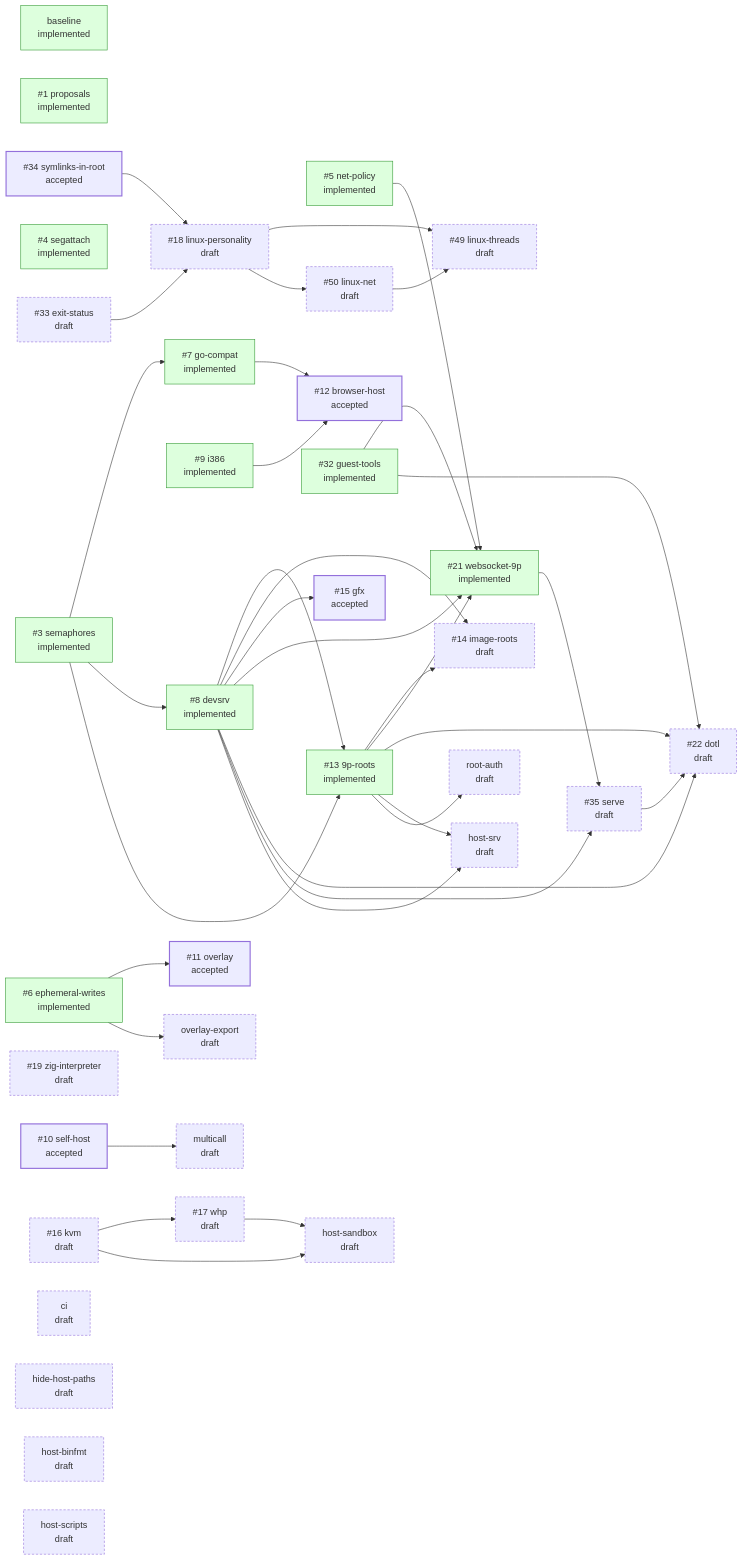
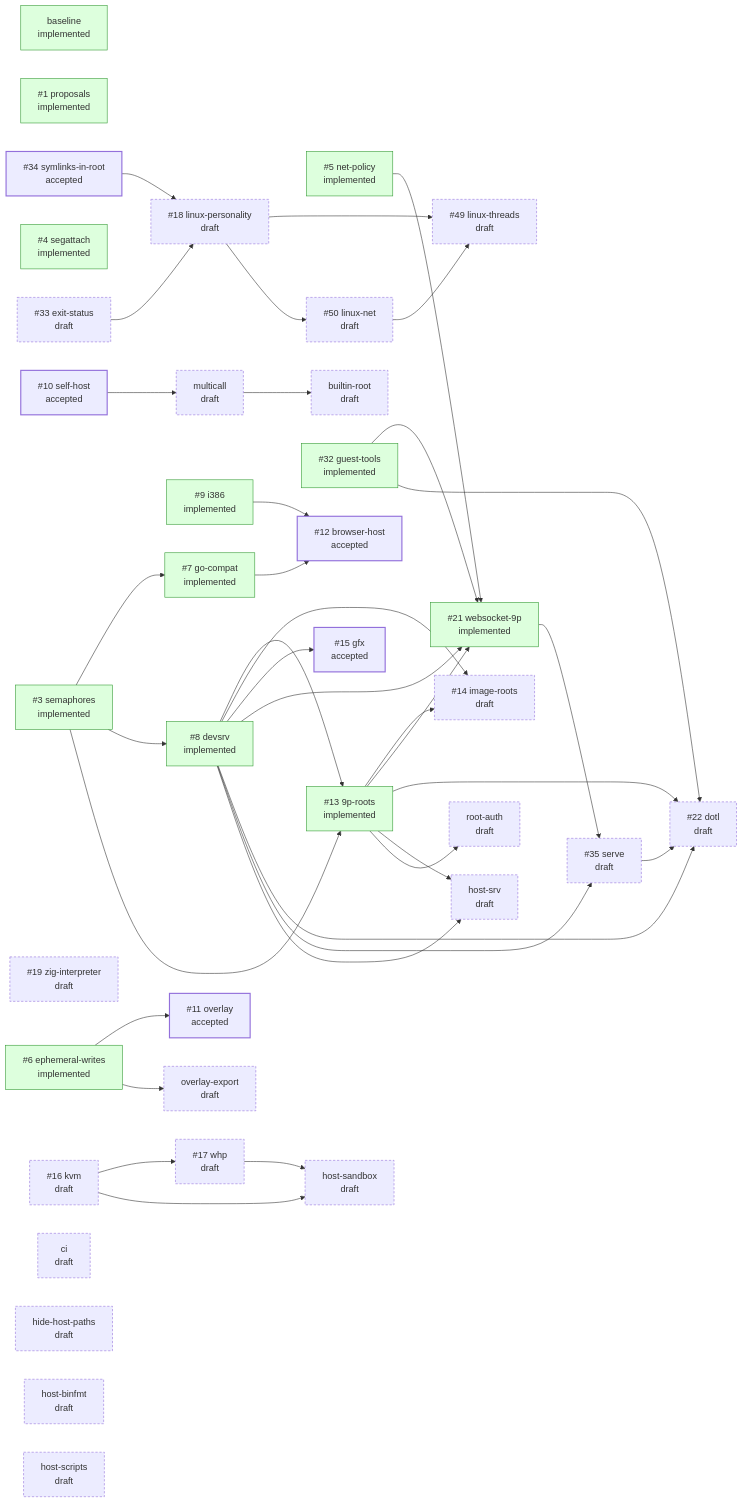
One commit to progrium/hyper9 changed the diagram in README.md. Above: the diagram before and after it, drawn with Mermaid. The commit also changed other lines of this file and 1 other file, not shown here.

Commit message:
design: draft builtin-root
A read-only root built into h9 from multicall's min tree, served as
#Hroot. It's used when no root is found, and --builtin before|after
layers its commands into another root's /bin.

Claude-Session: https://claude.ai/code/session_01LLcnT1jZ4EYPZB9n2aWHUZ

````diff
--- a/README.md
+++ b/README.md
@@ -54,76 +55,78 @@
 ```mermaid
 flowchart LR
   classDef draft stroke-dasharray: 4 3
   classDef accepted stroke-width: 2px
   classDef implemented fill:#dfd,stroke:#393
   classDef closed fill:#eee,stroke:#999,color:#777
   p_baseline["baseline<br/>implemented"]:::implemented
   p_proposals["#35;1 proposals<br/>implemented"]:::implemented
   p_semaphores["#35;3 semaphores<br/>implemented"]:::implemented
   p_segattach["#35;4 segattach<br/>implemented"]:::implemented
   p_net_policy["#35;5 net-policy<br/>implemented"]:::implemented
   p_ephemeral_writes["#35;6 ephemeral-writes<br/>implemented"]:::implemented
   p_go_compat["#35;7 go-compat<br/>implemented"]:::implemented
   p_devsrv["#35;8 devsrv<br/>implemented"]:::implemented
   p_i386["#35;9 i386<br/>implemented"]:::implemented
   p_self_host["#35;10 self-host<br/>accepted"]:::accepted
   p_overlay["#35;11 overlay<br/>accepted"]:::accepted
   p_browser_host["#35;12 browser-host<br/>accepted"]:::accepted
   p_9p_roots["#35;13 9p-roots<br/>implemented"]:::implemented
   p_image_roots["#35;14 image-roots<br/>draft"]:::draft
   p_gfx["#35;15 gfx<br/>accepted"]:::accepted
   p_kvm["#35;16 kvm<br/>draft"]:::draft
   p_whp["#35;17 whp<br/>draft"]:::draft
   p_linux_personality["#35;18 linux-personality<br/>draft"]:::draft
   p_zig_interpreter["#35;19 zig-interpreter<br/>draft"]:::draft
   p_websocket_9p["#35;21 websocket-9p<br/>implemented"]:::implemented
   p_dotl["#35;22 dotl<br/>draft"]:::draft
   p_guest_tools["#35;32 guest-tools<br/>implemented"]:::implemented
   p_exit_status["#35;33 exit-status<br/>draft"]:::draft
   p_symlinks_in_root["#35;34 symlinks-in-root<br/>accepted"]:::accepted
   p_serve["#35;35 serve<br/>draft"]:::draft
   p_linux_threads["#35;49 linux-threads<br/>draft"]:::draft
   p_linux_net["#35;50 linux-net<br/>draft"]:::draft
+  p_builtin_root["builtin-root<br/>draft"]:::draft
   p_ci["ci<br/>draft"]:::draft
   p_hide_host_paths["hide-host-paths<br/>draft"]:::draft
   p_host_binfmt["host-binfmt<br/>draft"]:::draft
   p_host_sandbox["host-sandbox<br/>draft"]:::draft
   p_host_scripts["host-scripts<br/>draft"]:::draft
   p_host_srv["host-srv<br/>draft"]:::draft
   p_multicall["multicall<br/>draft"]:::draft
   p_overlay_export["overlay-export<br/>draft"]:::draft
   p_root_auth["root-auth<br/>draft"]:::draft
   p_semaphores --> p_go_compat
   p_semaphores --> p_devsrv
   p_ephemeral_writes --> p_overlay
   p_go_compat --> p_browser_host
   p_i386 --> p_browser_host
   p_semaphores --> p_9p_roots
   p_devsrv --> p_9p_roots
   p_devsrv --> p_image_roots
   p_9p_roots --> p_image_roots
   p_devsrv --> p_gfx
   p_kvm --> p_whp
   p_symlinks_in_root --> p_linux_personality
   p_exit_status --> p_linux_personality
   p_net_policy --> p_websocket_9p
   p_devsrv --> p_websocket_9p
   p_9p_roots --> p_websocket_9p
   p_guest_tools --> p_websocket_9p
   p_devsrv --> p_dotl
   p_9p_roots --> p_dotl
   p_serve --> p_dotl
   p_guest_tools --> p_dotl
   p_devsrv --> p_serve
   p_websocket_9p --> p_serve
   p_linux_personality --> p_linux_threads
   p_linux_net --> p_linux_threads
   p_linux_personality --> p_linux_net
+  p_multicall --> p_builtin_root
   p_kvm --> p_host_sandbox
   p_whp --> p_host_sandbox
   p_devsrv --> p_host_srv
   p_9p_roots --> p_host_srv
   p_self_host --> p_multicall
   p_ephemeral_writes --> p_overlay_export
   p_9p_roots --> p_root_auth
 ```
````
